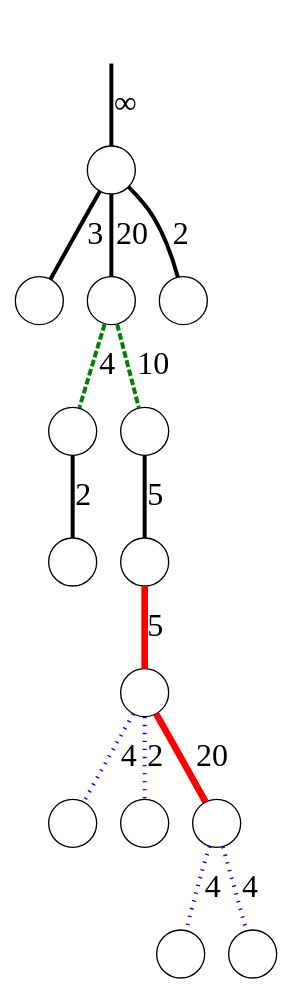
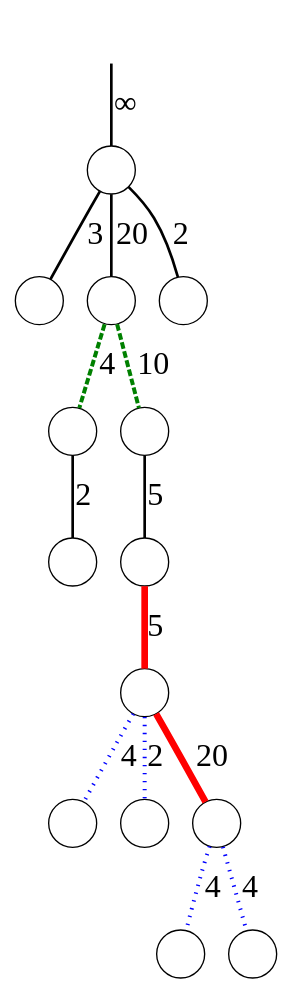
The diagram in graphs/example-e.gv (sgolodetz/waterfallpaper), drawn with Graphviz before and after one commit. The commit also changed 15 other files, not shown here.

Commit message:
Fix the edge thicknesses in Figure 10.

```diff
--- a/graphs/example-e.gv
+++ b/graphs/example-e.gv
@@ -1,22 +1,22 @@
 digraph
 {
 	node [shape=circle, label=""];
-	edge [dir=both, arrowtail=none, arrowhead=none, penwidth=3, fontsize=24];
+	edge [dir=both, arrowtail=none, arrowhead=none, penwidth=2, fontsize=24];
 
 	r -> n00 [label="&infin;"];
 	n00 -> n10 [label=3];
 	n00 -> n11 [label=20];
 	n00 -> n12 [label=2];
-	n11 -> n20 [label=4, color=green, style=dashed];
-	n11 -> n21 [label=10, color=green, style=dashed];
+	n11 -> n20 [label=4, color=green, style=dashed, penwidth=3];
+	n11 -> n21 [label=10, color=green, style=dashed, penwidth=3];
 	n20 -> n30 [label=2];
 	n21 -> n31 [label=5];
 	n31 -> n40 [label=5, color=red, penwidth=5];
-	n40 -> n50 [label=4, color=blue, style=dotted];
-	n40 -> n51 [label=2, color=blue, style=dotted];
+	n40 -> n50 [label=4, color=blue, style=dotted, penwidth=3];
+	n40 -> n51 [label=2, color=blue, style=dotted, penwidth=3];
 	n40 -> n52 [label=20, color=red, penwidth=5];
-	n52 -> n60 [label=4, color=blue, style=dotted];
-	n52 -> n61 [label=4, color=blue, style=dotted];
+	n52 -> n60 [label=4, color=blue, style=dotted, penwidth=3];
+	n52 -> n61 [label=4, color=blue, style=dotted, penwidth=3];
 
 	r [style=invisible];
 }
```
